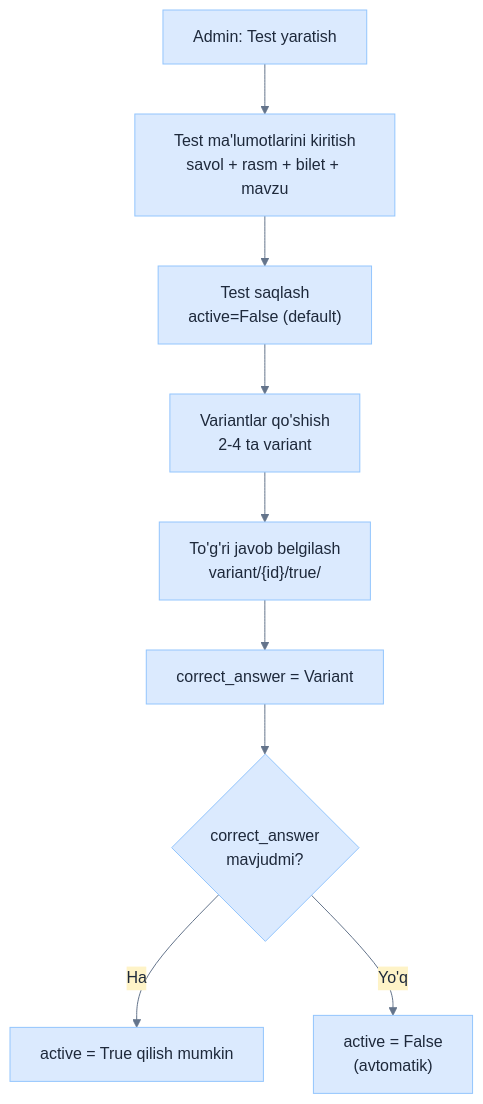
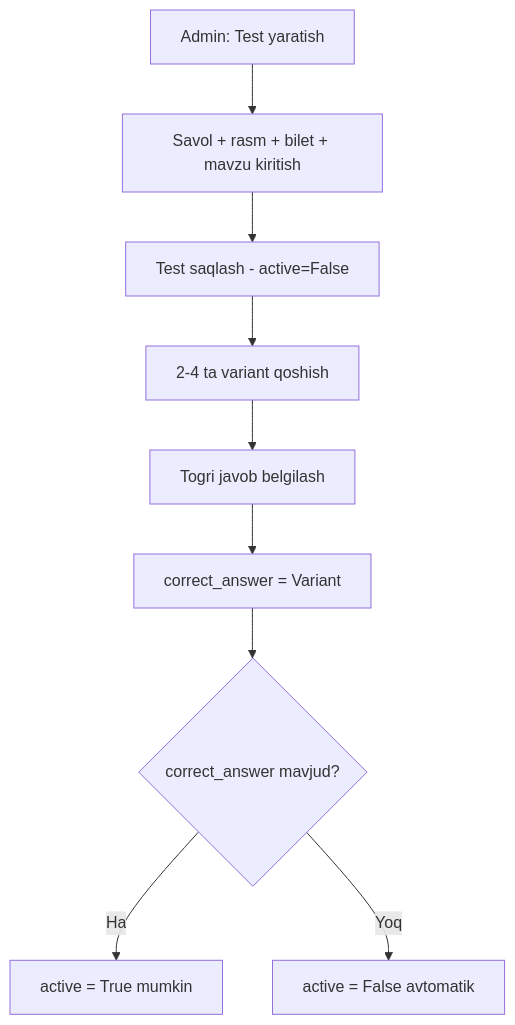
Diagram 12 of 18 in README.md (khismoiloff/BrpAvtoTest), drawn with Mermaid before and after one commit. The commit also changed other lines of this file, not shown here.

````diff
--- a/README.md
+++ b/README.md
@@ -586,12 +574,12 @@
 ```mermaid
-%%{init: {'theme': 'base', 'themeVariables': {'background': '#ffffff', 'primaryColor': '#dbeafe', 'primaryTextColor': '#1e293b', 'primaryBorderColor': '#93c5fd', 'lineColor': '#64748b', 'secondaryColor': '#fef3c7', 'tertiaryColor': '#ede9fe', 'fontFamily': 'sans-serif'}}}%%
+%%{init: {'theme': 'default'}}%%
 flowchart TD
-    A[Admin: Test yaratish] --> B[Test ma'lumotlarini kiritish<br/>savol + rasm + bilet + mavzu]
-    B --> C["Test saqlash<br/>active=False (default)"]
-    C --> D[Variantlar qo'shish<br/>2-4 ta variant]
-    D --> E["To'g'ri javob belgilash<br/>variant/{id}/true/"]
-    E --> F["correct_answer = Variant"]
-    F --> G{correct_answer<br/>mavjudmi?}
-    G -->|Ha| H[active = True qilish mumkin]
-    G -->|Yo'q| I["active = False<br/>(avtomatik)"]
+    A[Admin: Test yaratish] --> B[Savol + rasm + bilet + mavzu kiritish]
+    B --> C[Test saqlash - active=False]
+    C --> D[2-4 ta variant qoshish]
+    D --> E[Togri javob belgilash]
+    E --> F[correct_answer = Variant]
+    F --> G{correct_answer mavjud?}
+    G -->|Ha| H[active = True mumkin]
+    G -->|Yoq| I[active = False avtomatik]
 ```
````
